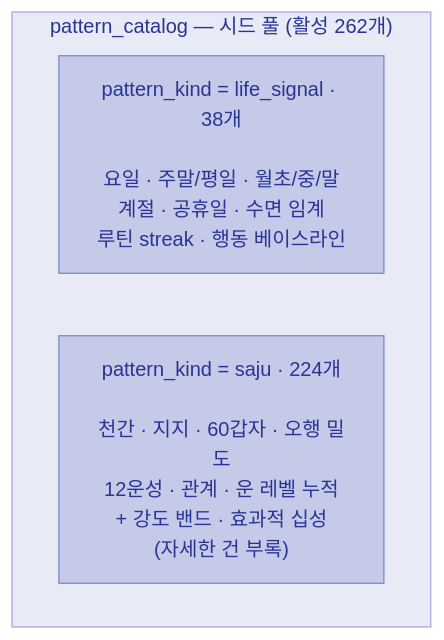
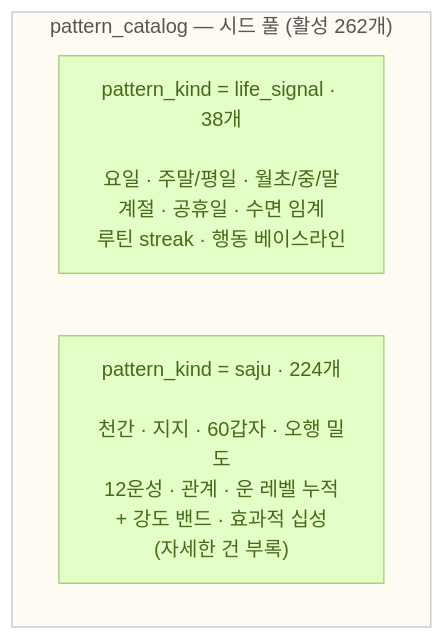
The third of 8 diagrams in docs/explainers/insight-v2.md (hyewon3938/slack-ai-agents), drawn with Mermaid before and after one commit. The commit also changed other lines of this file, not shown here.

````diff
--- a/docs/explainers/insight-v2.md
+++ b/docs/explainers/insight-v2.md
@@ -171,13 +172,13 @@
 ```mermaid
 flowchart TB
   subgraph PC["pattern_catalog — 시드 풀 (활성 262개)"]
     direction LR
     LIFE["pattern_kind = life_signal · 38개<br/><br/>요일 · 주말/평일 · 월초/중/말<br/>계절 · 공휴일 · 수면 임계<br/>루틴 streak · 행동 베이스라인"]
     SAJU["pattern_kind = saju · 224개<br/><br/>천간 · 지지 · 60갑자 · 오행 밀도<br/>12운성 · 관계 · 운 레벨 누적<br/>+ 강도 밴드 · 효과적 십성<br/>(자세한 건 부록)"]
   end
 
-  classDef seedBox fill:#E8EAF6,stroke:#9FA8DA,color:#283593
-  classDef seedNode fill:#C5CAE9,stroke:#7986CB,color:#283593
-  class PC seedBox
-  class LIFE,SAJU seedNode
+  classDef groupBox fill:#FDFBF2,stroke:#C2C2C2,color:#555555
+  classDef seedBox fill:#E3FFC7,stroke:#9DC873,color:#466A1C
+  class PC groupBox
+  class LIFE,SAJU seedBox
 ```
````
